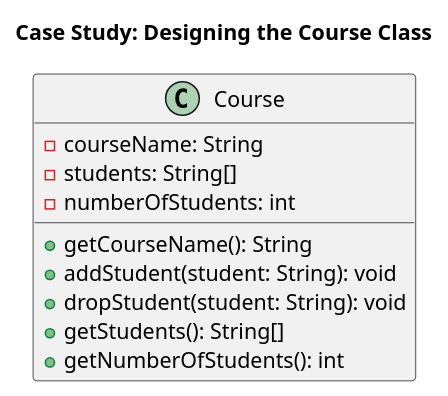
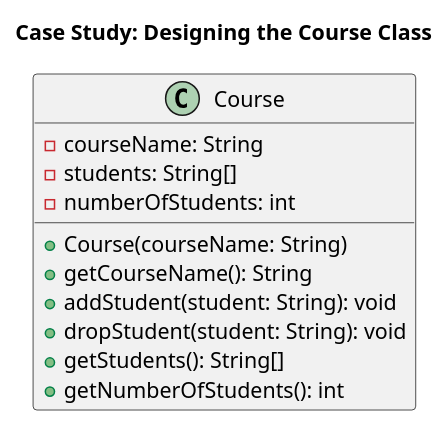
Before and after one commit to emaphis/Introduction_to_Java_Programming: the diagram in Introduction_to_Java_Programming/src/main/java/chapter10/example/listing10_05/CourseDiagram.puml, drawn with PlantUML. The commit also changed 17 other files, not shown here.

```diff
--- a/Introduction_to_Java_Programming/src/main/java/chapter10/example/listing10_05/CourseDiagram.puml
+++ b/Introduction_to_Java_Programming/src/main/java/chapter10/example/listing10_05/CourseDiagram.puml
@@ -1,14 +1,15 @@
 @startuml
 title Case Study: Designing the Course Class
 class Course {
     -courseName: String
     -students: String[]
     -numberOfStudents: int
 
+    +Course(courseName: String)
     +getCourseName(): String
     +addStudent(student: String): void
     +dropStudent(student: String): void
     +getStudents(): String[]
     +getNumberOfStudents(): int
 }
 @enduml
```
